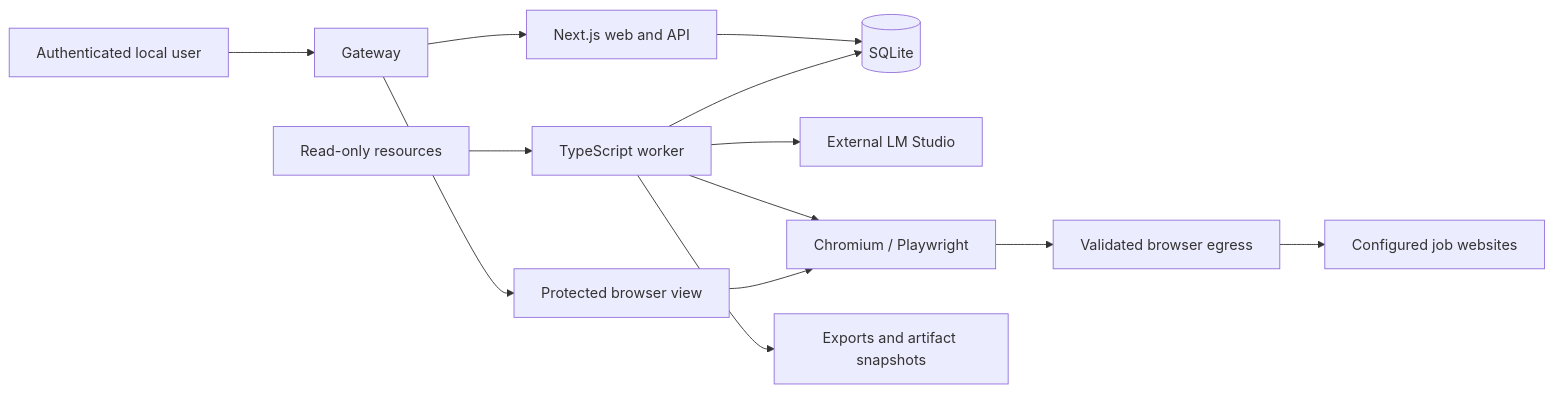
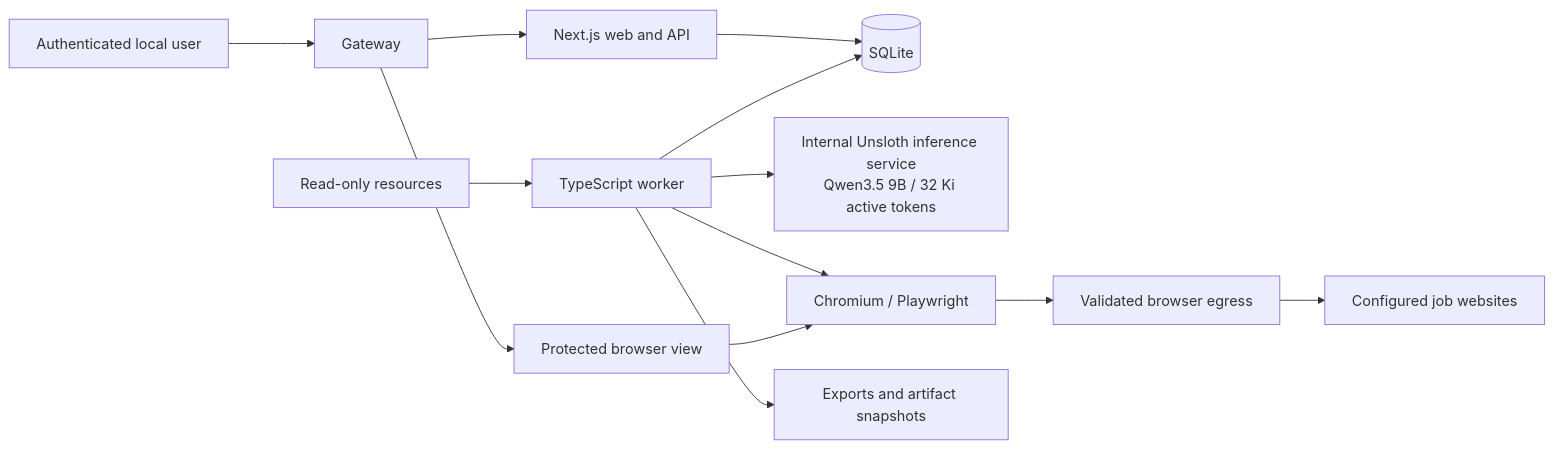
Before and after one commit to Densetsu152637/AI-application-automation: the diagram in docs/specification/02-architecture.md, drawn with Mermaid. The commit also changed other lines of this file and 9 other files, not shown here.

Commit message:
docs: unsloth local inference server

```diff
--- a/docs/specification/02-architecture.md
+++ b/docs/specification/02-architecture.md
@@ -10,15 +10,15 @@
 ~~~mermaid
 flowchart LR
     U[Authenticated local user] --> G[Gateway]
     G --> W[Next.js web and API]
     G --> V[Protected browser view]
     W --> D[(SQLite)]
     K[TypeScript worker] --> D
-    K --> L[External LM Studio]
+    K --> L[Internal Unsloth inference service\nQwen3.5 9B / 32 Ki active tokens]
     K --> B[Chromium / Playwright]
     V --> B
     B --> E[Validated browser egress]
     E --> J[Configured job websites]
     R[Read-only resources] --> K
     K --> O[Exports and artifact snapshots]
 ~~~
```
